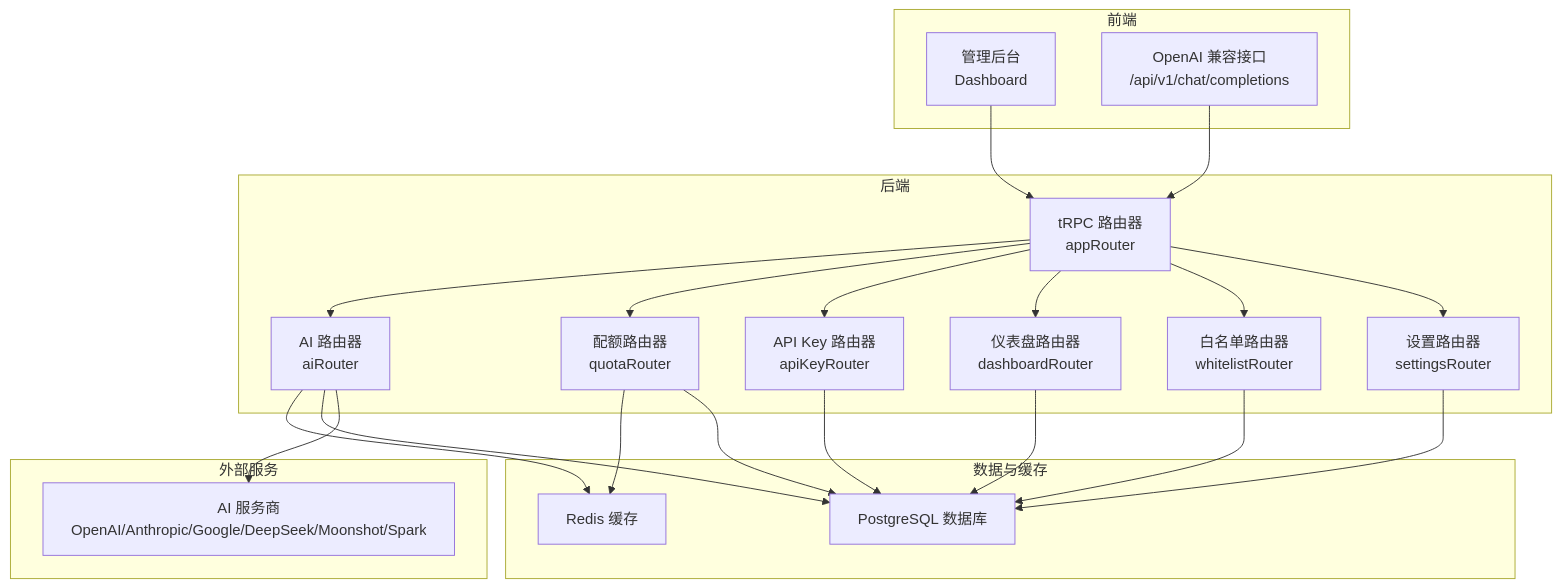
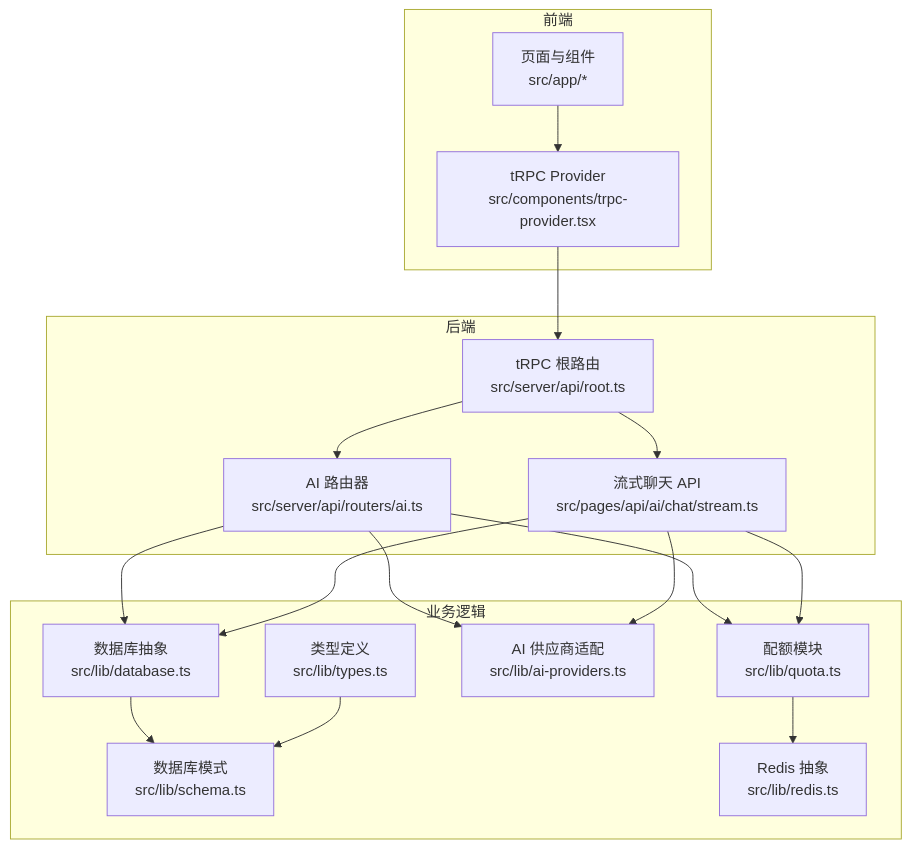
One commit to RadiumAg/AIGate changed the first of 6 diagrams in .qoder/repowiki/zh/content/项目概述.md. Above: the diagram before and after it, drawn with Mermaid. The commit also changed other lines of this file and 141 other files, not shown here.

````diff
--- a/.qoder/repowiki/zh/content/项目概述.md
+++ b/.qoder/repowiki/zh/content/项目概述.md
@@ -60,40 +52,33 @@
 ```mermaid
 graph TB
 subgraph "前端"
-FE_Dashboard["管理后台<br/>Dashboard"]
-FE_API["OpenAI 兼容接口<br/>/api/v1/chat/completions"]
+UI["页面与组件<br/>src/app/*"]
+T["tRPC Provider<br/>src/components/trpc-provider.tsx"]
 end
 subgraph "后端"
-TRPC["tRPC 路由器<br/>appRouter"]
-AI_Router["AI 路由器<br/>aiRouter"]
-Quota_Router["配额路由器<br/>quotaRouter"]
-APIKey_Router["API Key 路由器<br/>apiKeyRouter"]
-Dashboard_Router["仪表盘路由器<br/>dashboardRouter"]
-Whitelist_Router["白名单路由器<br/>whitelistRouter"]
-Settings_Router["设置路由器<br/>settingsRouter"]
+TR["tRPC 根路由<br/>src/server/api/root.ts"]
+R_AI["AI 路由器<br/>src/server/api/routers/ai.ts"]
+API_STREAM["流式聊天 API<br/>src/pages/api/ai/chat/stream.ts"]
 end
-subgraph "数据与缓存"
-DB["PostgreSQL 数据库"]
-Redis["Redis 缓存"]
+subgraph "业务逻辑"
+TYPES["类型定义<br/>src/lib/types.ts"]
+SCHEMA["数据库模式<br/>src/lib/schema.ts"]
+QUOTA["配额模块<br/>src/lib/quota.ts"]
+PROVIDERS["AI 供应商适配<br/>src/lib/ai-providers.ts"]
+DB["数据库抽象<br/>src/lib/database.ts"]
+REDIS["Redis 抽象<br/>src/lib/redis.ts"]
 end
-subgraph "外部服务"
-Providers["AI 服务商<br/>OpenAI/Anthropic/Google/DeepSeek/Moonshot/Spark"]
-end
-FE_Dashboard --> TRPC
-FE_API --> TRPC
-TRPC --> AI_Router
-TRPC --> Quota_Router
-TRPC --> APIKey_Router
-TRPC --> Dashboard_Router
-TRPC --> Whitelist_Router
-TRPC --> Settings_Router
-AI_Router --> Redis
-AI_Router --> DB
-AI_Router --> Providers
-Quota_Router --> Redis
-Quota_Router --> DB
-APIKey_Router --> DB
-Dashboard_Router --> DB
-Whitelist_Router --> DB
-Settings_Router --> DB
+UI --> T
+T --> TR
+TR --> R_AI
+TR --> API_STREAM
+R_AI --> QUOTA
+R_AI --> PROVIDERS
+R_AI --> DB
+API_STREAM --> QUOTA
+API_STREAM --> PROVIDERS
+API_STREAM --> DB
+QUOTA --> REDIS
+DB --> SCHEMA
+TYPES --> SCHEMA
 ```
````
